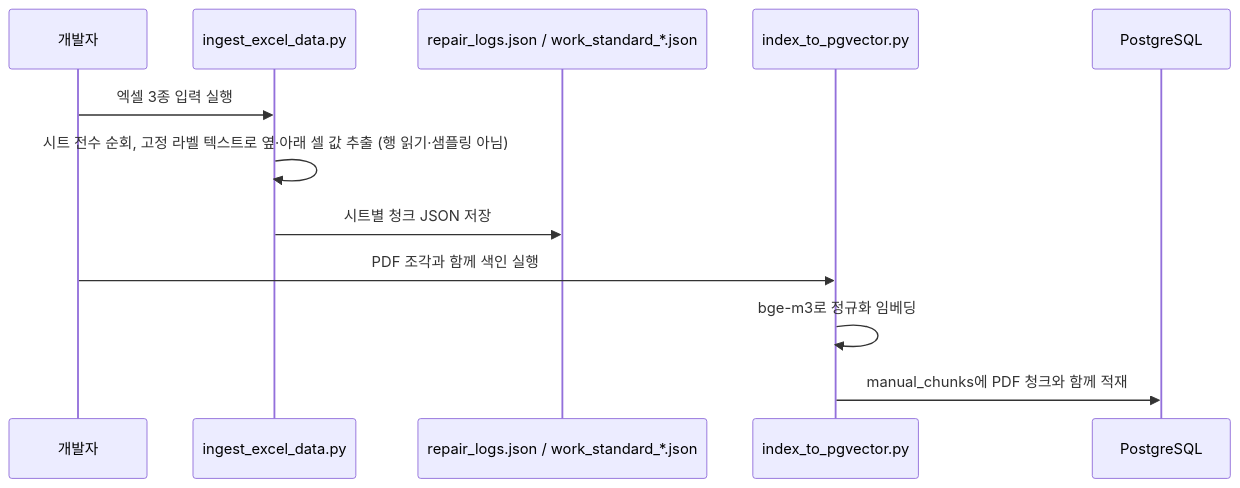
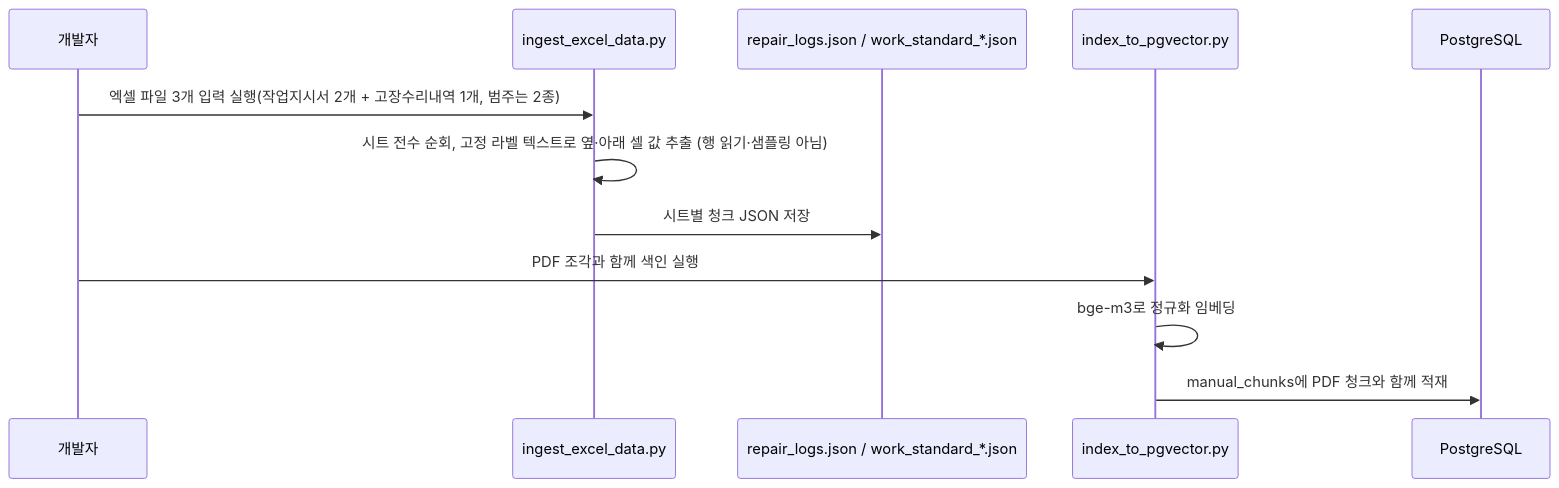
One commit to cho1203/chatbot-work changed the third of 6 diagrams in docs/DEVELOPER_GUIDE_9.md. Above: the diagram before and after it, drawn with Mermaid. The commit also changed other lines of this file and 5 other files, not shown here.

````diff
--- a/docs/DEVELOPER_GUIDE_9.md
+++ b/docs/DEVELOPER_GUIDE_9.md
@@ -151,14 +155,14 @@
 ```mermaid
 sequenceDiagram
   participant D as 개발자
   participant E as ingest_excel_data.py
   participant X as repair_logs.json / work_standard_*.json
   participant I as index_to_pgvector.py
   participant V as PostgreSQL
-  D->>E: 엑셀 3종 입력 실행
+  D->>E: 엑셀 파일 3개 입력 실행(작업지시서 2개 + 고장수리내역 1개, 범주는 2종)
   E->>E: 시트 전수 순회, 고정 라벨 텍스트로 옆·아래 셀 값 추출 (행 읽기·샘플링 아님)
   E->>X: 시트별 청크 JSON 저장
   D->>I: PDF 조각과 함께 색인 실행
   I->>I: bge-m3로 정규화 임베딩
   I->>V: manual_chunks에 PDF 청크와 함께 적재
 ```
````
